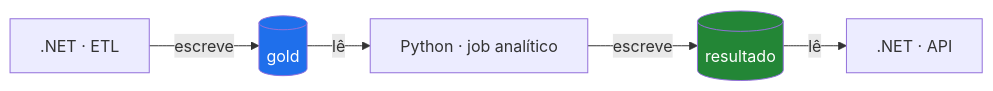
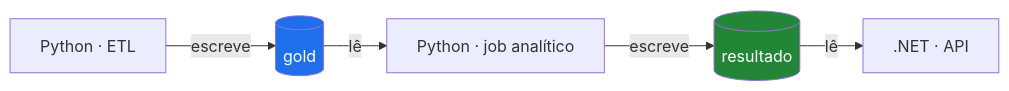
The third of 4 diagrams in docs/04-contratos.md (IgorLucasAssuncao/poligraph), drawn with Mermaid before and after one commit. The commit also changed other lines of this file and 7 other files, not shown here.

````diff
--- a/docs/04-contratos.md
+++ b/docs/04-contratos.md
@@ -844,9 +844,9 @@
 ```mermaid
 flowchart LR
-    ETL[".NET · ETL"] -->|"escreve"| G[("gold")]
+    ETL["Python · ETL"] -->|"escreve"| G[("gold")]
     G -->|"lê"| PY["Python · job analítico"]
     PY -->|"escreve"| R[("resultado")]
     R -->|"lê"| API[".NET · API"]
     style G fill:#1f6feb,color:#fff
     style R fill:#238636,color:#fff
 ```
````
